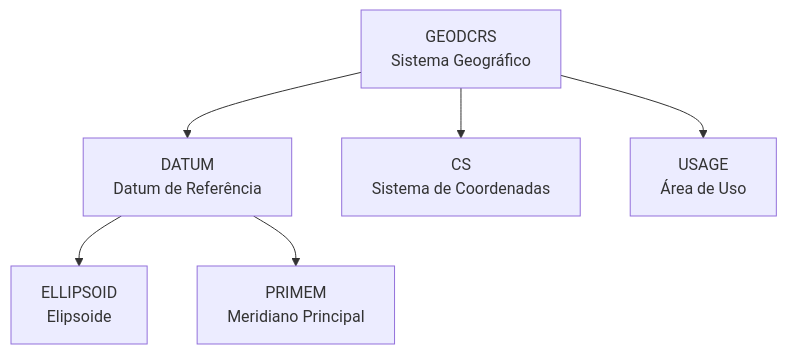
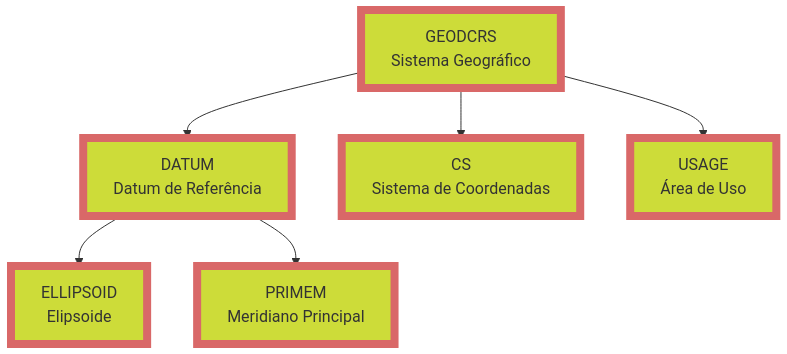
One commit to 255ribeiro/intro_topografia changed the second of 2 diagrams in docs/gis/datum_sirgas_utm.md. Above: the diagram before and after it, drawn with Mermaid. The commit also changed other lines of this file and 2 other files, not shown here.

````diff
--- a/docs/gis/datum_sirgas_utm.md
+++ b/docs/gis/datum_sirgas_utm.md
@@ -133,8 +142,15 @@
 ```mermaid
 graph TD
     A[GEODCRS<br/>Sistema Geográfico] --> B[DATUM<br/>Datum de Referência]
     B --> C[ELLIPSOID<br/>Elipsoide]
     B --> D[PRIMEM<br/>Meridiano Principal]
     A --> E[CS<br/>Sistema de Coordenadas]
     A --> F[USAGE<br/>Área de Uso]
+    classDef limeBox fill:#cddc39,stroke:#D96868,stroke-width:8px;
+    A:::limeBox
+    B:::limeBox
+    C:::limeBox
+    D:::limeBox
+    E:::limeBox
+    F:::limeBox
 ```
````
